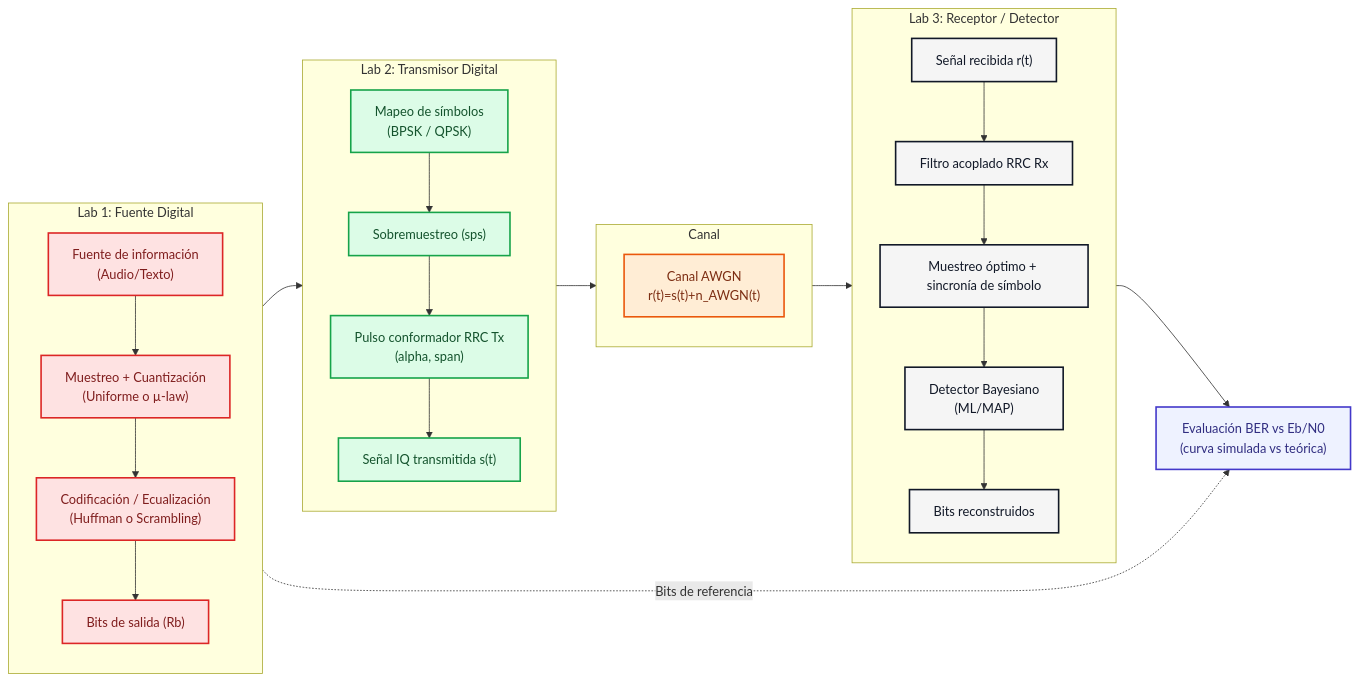
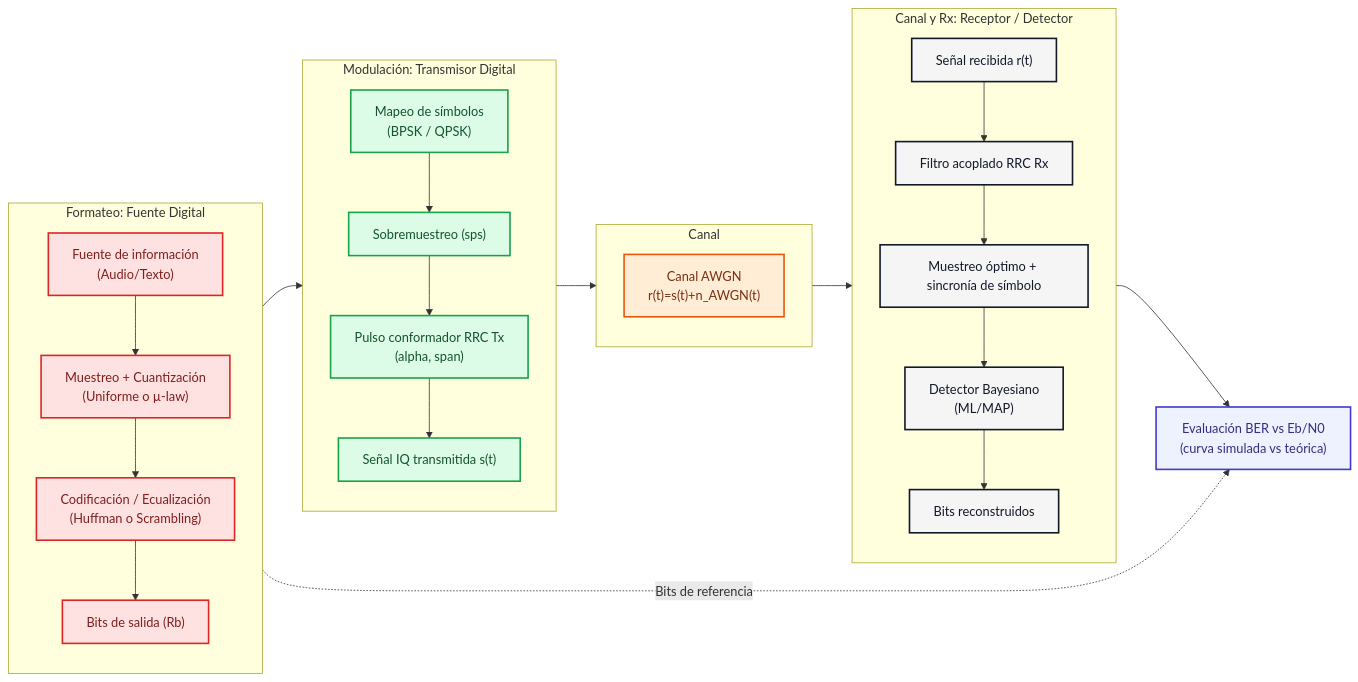
One commit to ecoranti/CDA changed the first of 2 diagrams in README.md. Above: the diagram before and after it, drawn with Mermaid. The commit also changed other lines of this file and 19 other files, not shown here.

Commit message:
Document stages, clarify BER flow, and include final report

````diff
--- a/README.md
+++ b/README.md
@@ -112,48 +133,48 @@
 ```mermaid
 flowchart LR
     classDef l1 fill:#fee2e2,stroke:#dc2626,stroke-width:2px,color:#7f1d1d
     classDef l2 fill:#dcfce7,stroke:#16a34a,stroke-width:2px,color:#14532d
     classDef ch fill:#ffedd5,stroke:#ea580c,stroke-width:2px,color:#7c2d12
     classDef l3 fill:#f5f5f5,stroke:#111827,stroke-width:2px,color:#111827
     classDef eval fill:#eef2ff,stroke:#4338ca,stroke-width:2px,color:#312e81
 
-    subgraph L1["Lab 1: Fuente Digital"]
+    subgraph L1["Formateo: Fuente Digital"]
         direction TB
         S1["Fuente de información<br/>(Audio/Texto)"] --> S2["Muestreo + Cuantización<br/>(Uniforme o µ-law)"]
         S2 --> S3["Codificación / Ecualización<br/>(Huffman o Scrambling)"]
         S3 --> S4["Bits de salida (Rb)"]
     end
 
-    subgraph L2["Lab 2: Transmisor Digital"]
+    subgraph L2["Modulación: Transmisor Digital"]
         direction TB
         T1["Mapeo de símbolos<br/>(BPSK / QPSK)"] --> T2["Sobremuestreo (sps)"]
         T2 --> T3["Pulso conformador RRC Tx<br/>(alpha, span)"]
         T3 --> T4["Señal IQ transmitida s(t)"]
     end
 
     subgraph CH["Canal"]
         direction TB
         C1["Canal AWGN<br/>r(t)=s(t)+n_AWGN(t)"]
     end
 
-    subgraph L3["Lab 3: Receptor / Detector"]
+    subgraph L3["Canal y Rx: Receptor / Detector"]
         direction TB
         C2["Señal recibida r(t)"] --> R1["Filtro acoplado RRC Rx"]
         R1 --> R2["Muestreo óptimo + sincronía de símbolo"]
         R2 --> R3["Detector Bayesiano<br/>(ML/MAP)"]
         R3 --> R4["Bits reconstruidos"]
     end
 
     E1["Evaluación BER vs Eb/N0<br/>(curva simulada vs teórica)"]:::eval
 
     S4 --> T1
     T4 --> C1
     C1 --> C2
     R4 --> E1
     S4 -. "Bits de referencia" .-> E1
 
     class S1,S2,S3,S4 l1
     class T1,T2,T3,T4 l2
     class C1 ch
     class C2,R1,R2,R3,R4 l3
 ```
````
